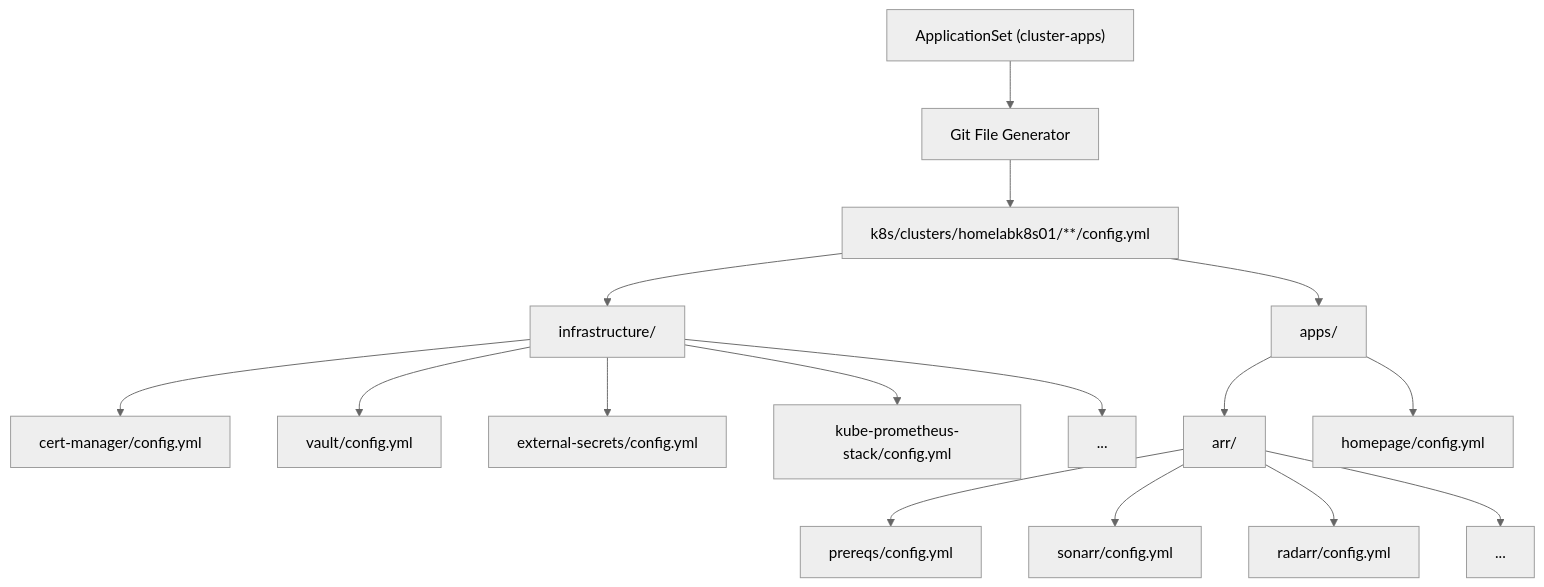
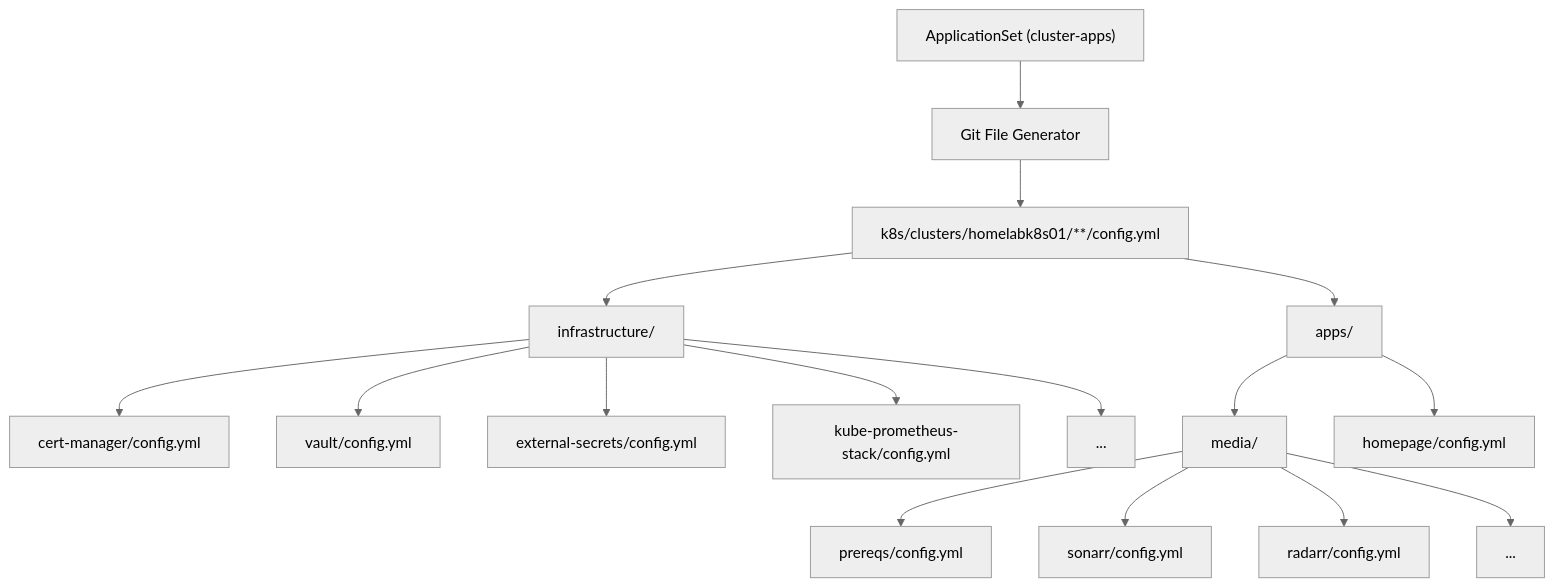
One commit to kyleseneker/homelab changed the first of 2 diagrams in docs/architecture/gitops.md. Above: the diagram before and after it, drawn with Mermaid (neutral theme). The commit also changed other lines of this file and 217 other files, not shown here.

Commit message:
refactor(k8s): rename the arr namespace to media and drop the arr- prefix

````diff
--- a/docs/architecture/gitops.md
+++ b/docs/architecture/gitops.md
@@ -9,22 +9,22 @@
 ```mermaid
 flowchart TD
     appSet["ApplicationSet (cluster-apps)"] --> generator["Git File Generator"]
     generator --> glob["k8s/clusters/homelabk8s01/**/config.yml"]
 
     glob --> infraConfigs["infrastructure/"]
     glob --> appConfigs["apps/"]
 
     infraConfigs --> certManager["cert-manager/config.yml"]
     infraConfigs --> vault["vault/config.yml"]
     infraConfigs --> externalSecrets["external-secrets/config.yml"]
     infraConfigs --> prometheusStack["kube-prometheus-stack/config.yml"]
     infraConfigs --> moreInfra["..."]
 
-    appConfigs --> arrDir["arr/"]
+    appConfigs --> mediaDir["media/"]
     appConfigs --> homepage["homepage/config.yml"]
 
-    arrDir --> prereqs["prereqs/config.yml"]
-    arrDir --> sonarr["sonarr/config.yml"]
-    arrDir --> radarr["radarr/config.yml"]
-    arrDir --> moreArr["..."]
+    mediaDir --> prereqs["prereqs/config.yml"]
+    mediaDir --> sonarr["sonarr/config.yml"]
+    mediaDir --> radarr["radarr/config.yml"]
+    mediaDir --> moreArr["..."]
 ```
````
